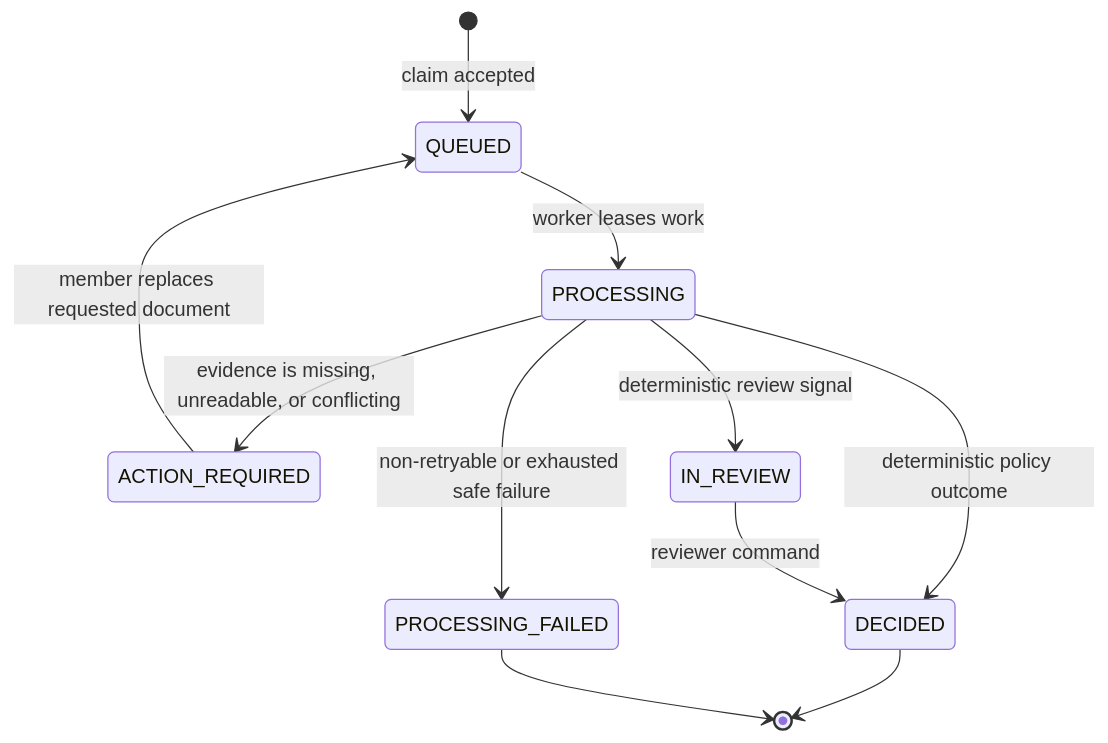
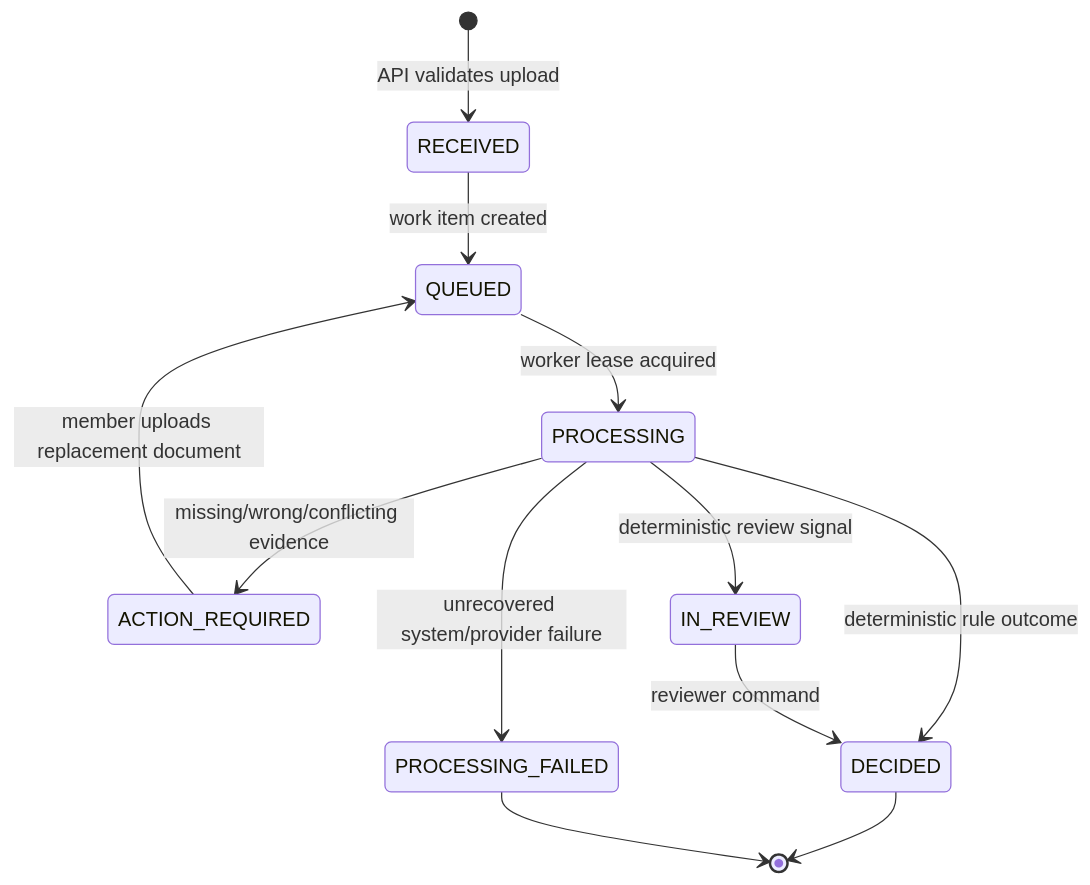
One commit to faishal882/plum_assignment changed the second of 5 diagrams in README.md. Above: the diagram before and after it, drawn with Mermaid. The commit also changed other lines of this file, not shown here.

Commit message:
docs: expand setup architecture and evaluation guide

````diff
--- a/README.md
+++ b/README.md
@@ -54,13 +434,14 @@
 ```mermaid
 stateDiagram-v2
-    [*] --> QUEUED: claim accepted
-    QUEUED --> PROCESSING: worker leases work
-    PROCESSING --> ACTION_REQUIRED: evidence is missing, unreadable, or conflicting
+    [*] --> RECEIVED: API validates upload
+    RECEIVED --> QUEUED: work item created
+    QUEUED --> PROCESSING: worker lease acquired
+    PROCESSING --> ACTION_REQUIRED: missing/wrong/conflicting evidence
     PROCESSING --> IN_REVIEW: deterministic review signal
-    PROCESSING --> DECIDED: deterministic policy outcome
-    PROCESSING --> PROCESSING_FAILED: non-retryable or exhausted safe failure
-    ACTION_REQUIRED --> QUEUED: member replaces requested document
+    PROCESSING --> DECIDED: deterministic rule outcome
+    PROCESSING --> PROCESSING_FAILED: unrecovered system/provider failure
+    ACTION_REQUIRED --> QUEUED: member uploads replacement document
     IN_REVIEW --> DECIDED: reviewer command
     DECIDED --> [*]
     PROCESSING_FAILED --> [*]
 ```
````
